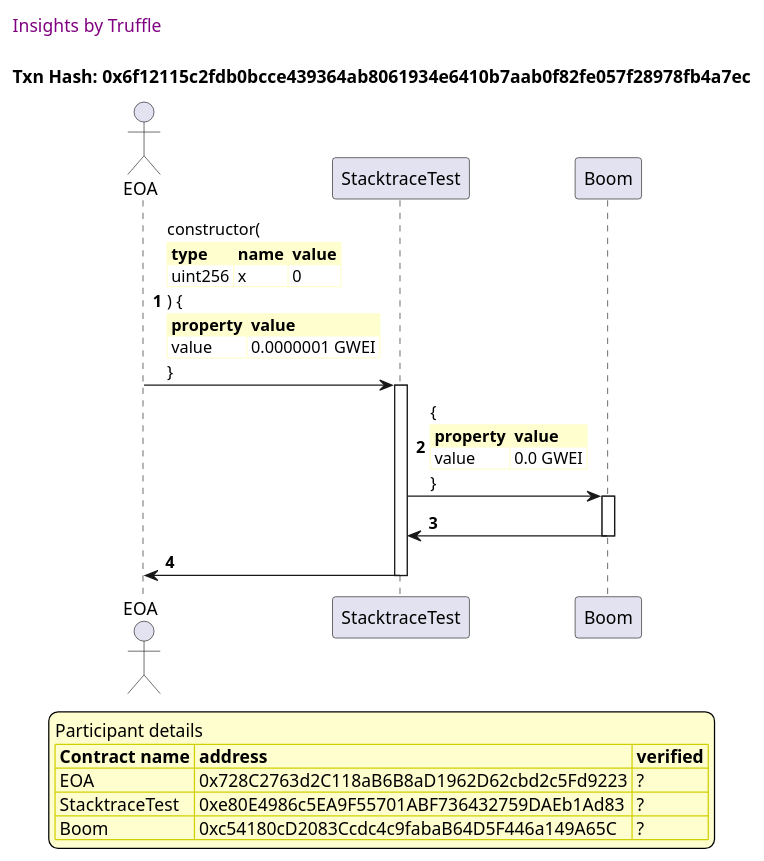
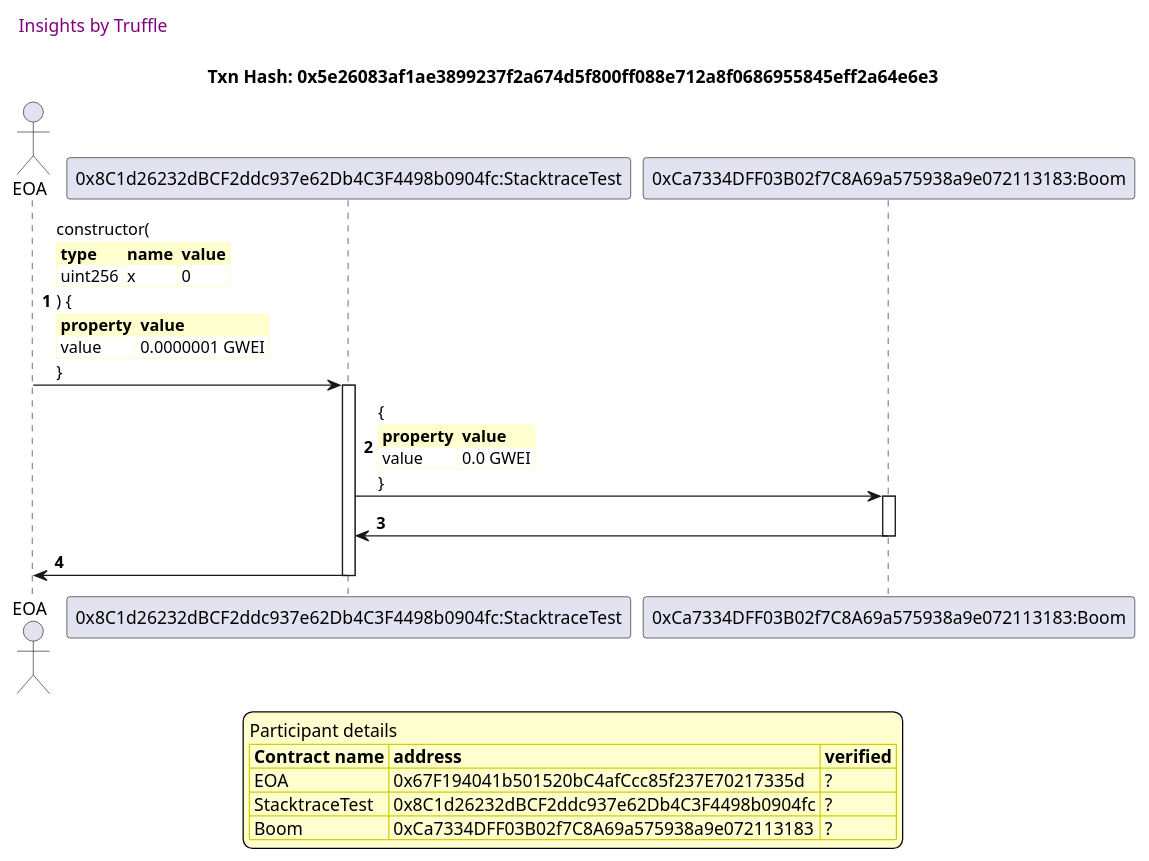
The first of 11 diagrams in truffle-seq/stacktrace.test.md (trufflesuite/txlog-seedlings), drawn with PlantUML before and after one commit. The commit also changed other lines of this file and 3 other files, not shown here.

````diff
--- a/truffle-seq/stacktrace.test.md
+++ b/truffle-seq/stacktrace.test.md
@@ -13,58 +13,58 @@
 ```plantuml
 
 
 @startuml
 
 autonumber
 skinparam legendBackgroundColor #FEFECE
 
 <style>
       header {
         HorizontalAlignment left
         FontColor purple
         FontSize 14
         Padding 10
       }
     </style>
 
 header Insights by Truffle
 
-title Txn Hash: 0x6f12115c2fdb0bcce439364ab8061934e6410b7aab0f82fe057f28978fb4a7ec
+title Txn Hash: 0x5e26083af1ae3899237f2a674d5f800ff088e712a8f0686955845eff2a64e6e3
 
 
 actor EOA as "EOA"
 
-participant StacktraceTest as "StacktraceTest"
+participant StacktraceTest as "0x8C1d26232dBCF2ddc937e62Db4C3F4498b0904fc:StacktraceTest"
 
-participant Boom as "Boom"
+participant Boom as "0xCa7334DFF03B02f7C8A69a575938a9e072113183:Boom"
 
 "EOA" -> "StacktraceTest" ++: constructor(\n\
 <#FEFECE,#FEFECE>|= type |= name |= value |\n\
 | uint256 | x | 0 |\n\
 ) {\n\
 <#FEFECE,#FEFECE>|= property |= value|\n\
 | value | 0.0000001 GWEI |\n\
 }
 
 "StacktraceTest" -> "Boom" ++: {\n\
 <#FEFECE,#FEFECE>|= property |= value|\n\
 | value | 0.0 GWEI |\n\
 }
 
 "Boom" -> "StacktraceTest" --: 
 
 "StacktraceTest" -> "EOA" --: 
 
 
 
 legend
 Participant details
 <#FEFECE,#D0D000>|= Contract name |= address |= verified |
-<#FEFECE>| EOA | 0x728C2763d2C118aB6B8aD1962D62cbd2c5Fd9223 | ? |
-<#FEFECE>| StacktraceTest | 0xe80E4986c5EA9F55701ABF736432759DAEb1Ad83 | ? |
-<#FEFECE>| Boom | 0xc54180cD2083Ccdc4c9fabaB64D5F446a149A65C | ? |
+<#FEFECE>| EOA | 0x67F194041b501520bC4afCcc85f237E70217335d | ? |
+<#FEFECE>| StacktraceTest | 0x8C1d26232dBCF2ddc937e62Db4C3F4498b0904fc | ? |
+<#FEFECE>| Boom | 0xCa7334DFF03B02f7C8A69a575938a9e072113183 | ? |
 endlegend
 
 
 @enduml
 ```
````
